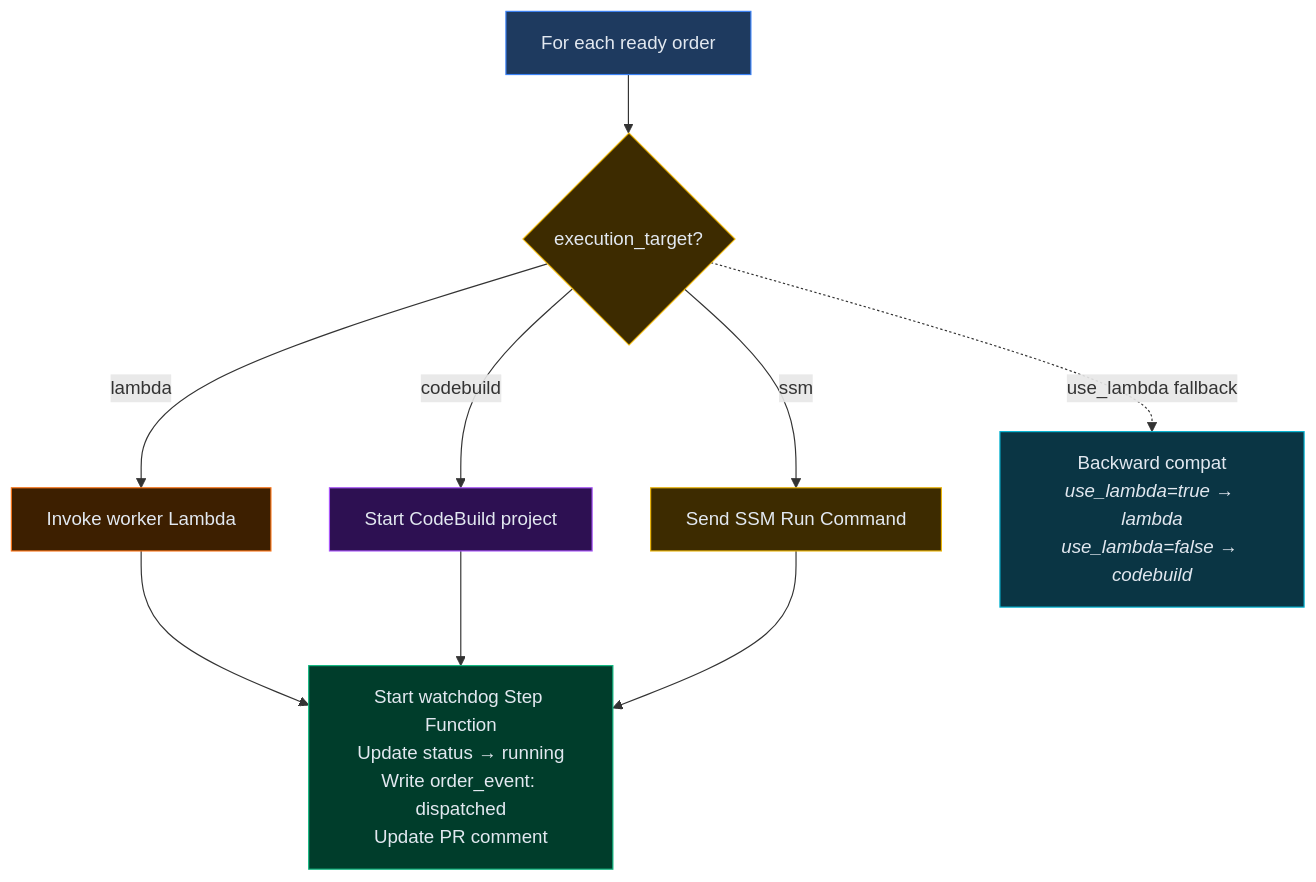
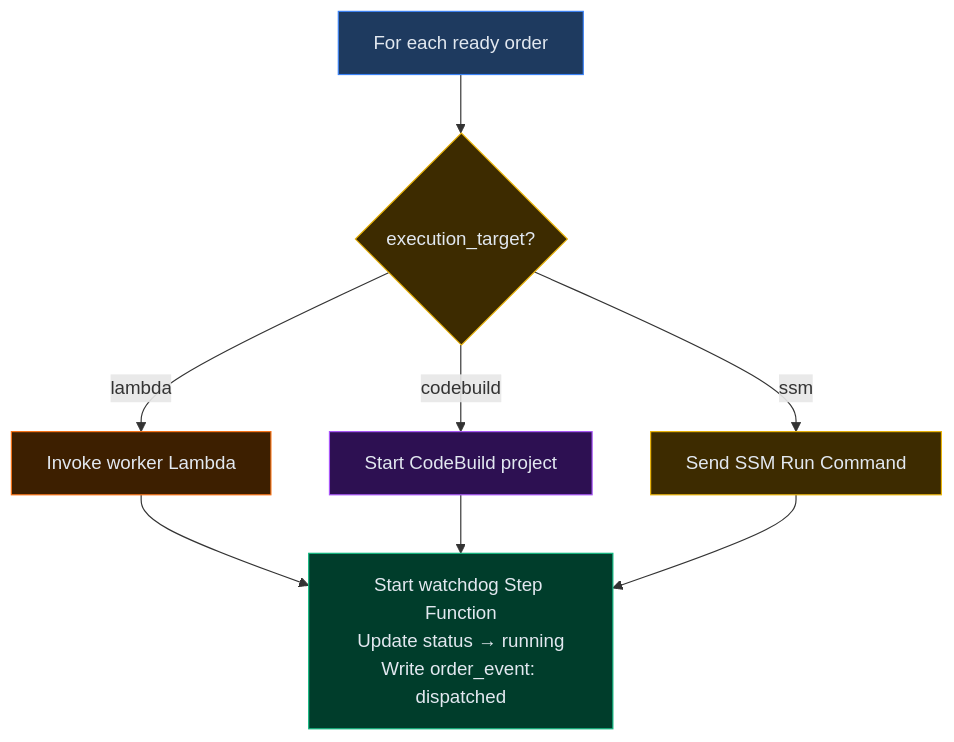
Diagram 20 of 36 in docs/ARCHITECTURE.md (config0-hub/aws-execution-engine), drawn with Mermaid before and after one commit. The commit also changed other lines of this file and 170 other files, not shown here.

````diff
--- a/docs/ARCHITECTURE.md
+++ b/docs/ARCHITECTURE.md
@@ -380,24 +368,21 @@
 ```mermaid
 flowchart TB
     Ready["For each ready order"]
     Target{"execution_target?"}
     Lambda["Invoke worker Lambda"]
     CB["Start CodeBuild project"]
     SSMCmd["Send SSM Run Command"]
-    Compat["Backward compat<br><i>use_lambda=true → lambda</i><br><i>use_lambda=false → codebuild</i>"]
-    Post["Start watchdog Step Function<br>Update status → running<br>Write order_event: dispatched<br>Update PR comment"]
+    Post["Start watchdog Step Function<br>Update status → running<br>Write order_event: dispatched"]
 
     Ready --> Target
     Target -- "lambda" --> Lambda --> Post
     Target -- "codebuild" --> CB --> Post
     Target -- "ssm" --> SSMCmd --> Post
-    Target -. "use_lambda fallback" .-> Compat
 
     style Ready fill:#1e3a5f,stroke:#3b82f6,color:#e2e8f0
     style Target fill:#3d2b00,stroke:#eab308,color:#e2e8f0
     style Lambda fill:#3d1f00,stroke:#f97316,color:#e2e8f0
     style CB fill:#2d1052,stroke:#a855f7,color:#e2e8f0
     style SSMCmd fill:#3d2b00,stroke:#eab308,color:#e2e8f0
-    style Compat fill:#0a3544,stroke:#06b6d4,color:#e2e8f0
     style Post fill:#003d2b,stroke:#10b981,color:#e2e8f0
 ```
````
